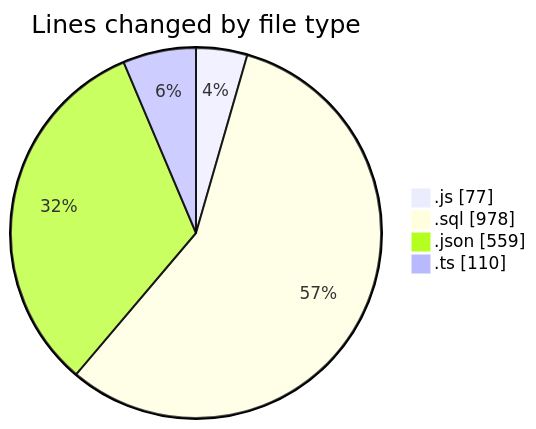
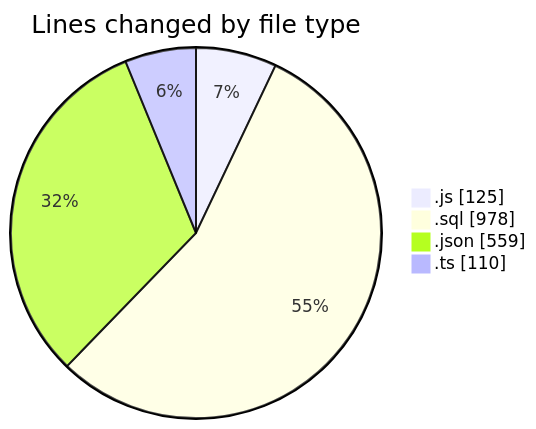
One commit to momahboobian/code-tracking changed the first of 2 diagrams in 2026-05-20/cda/README.md. Above: the diagram before and after it, drawn with Mermaid. The commit also changed other lines of this file and 1 other file, not shown here.

````diff
--- a/2026-05-20/cda/README.md
+++ b/2026-05-20/cda/README.md
@@ -28,8 +28,8 @@
 ```mermaid
 pie showData
 title Lines changed by file type
-".js" : 77
+".js" : 125
 ".sql" : 978
 ".json" : 559
 ".ts" : 110
 ```
````
